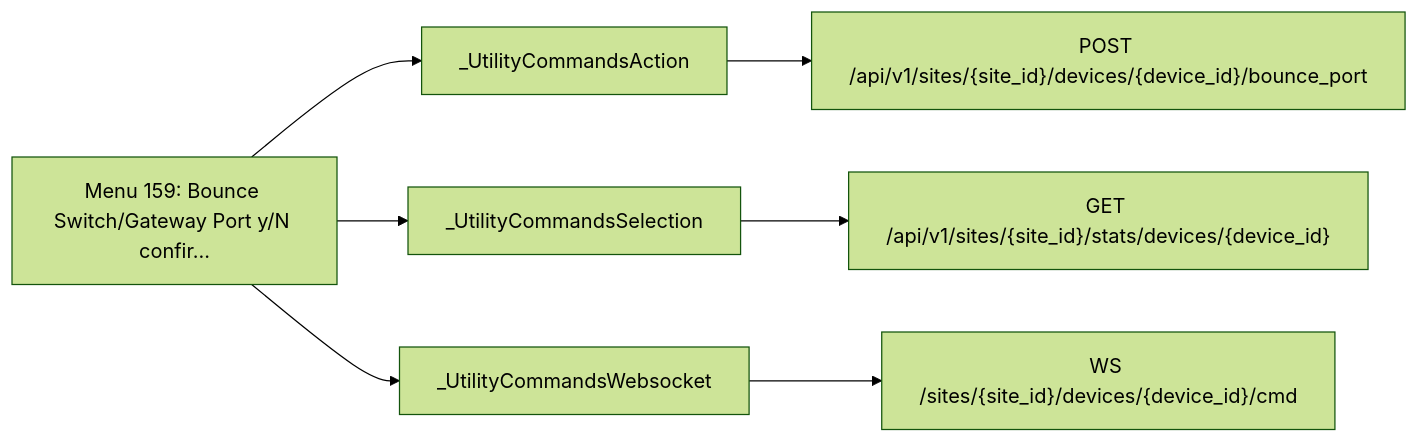
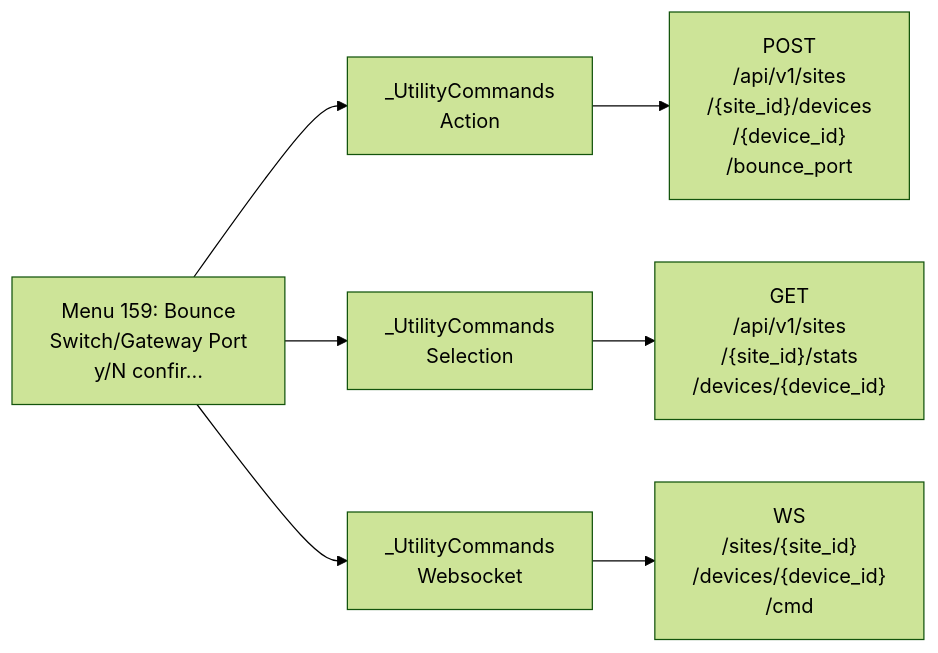
Before and after one commit to jmorrison-juniper/MistHelper: the seventh of 27 diagrams in documentation/menu-api/destructive.md, drawn with Mermaid (forest theme). The commit also changed other lines of this file and 19 other files, not shown here.

First line of the commit message:
docs(menu-api): fit the Mermaid diagrams to the wiki column (#3463)

````diff
--- a/documentation/menu-api/destructive.md
+++ b/documentation/menu-api/destructive.md
@@ -425,10 +224,10 @@
 ```mermaid
 flowchart LR
-    menu["Menu 159: Bounce Switch/Gateway Port y/N confir..."]
-    menu --> c1["_UtilityCommandsAction"]
-    c1 --> e1["POST /api/v1/sites/{site_id}/devices/{device_id}/bounce_port"]
-    menu --> c2["_UtilityCommandsSelection"]
-    c2 --> e2["GET /api/v1/sites/{site_id}/stats/devices/{device_id}"]
-    menu --> c3["_UtilityCommandsWebsocket"]
-    c3 --> e3["WS /sites/{site_id}/devices/{device_id}/cmd"]
+    menu["Menu 159: Bounce<br/>Switch/Gateway Port<br/>y/N confir..."]
+    menu --> c1["_UtilityCommands<br/>Action"]
+    c1 --> e1["POST<br/>/api/v1/sites<br/>/{site_id}/devices<br/>/{device_id}<br/>/bounce_port"]
+    menu --> c2["_UtilityCommands<br/>Selection"]
+    c2 --> e2["GET<br/>/api/v1/sites<br/>/{site_id}/stats<br/>/devices/{device_id}"]
+    menu --> c3["_UtilityCommands<br/>Websocket"]
+    c3 --> e3["WS<br/>/sites/{site_id}<br/>/devices/{device_id}<br/>/cmd"]
 ```
````
